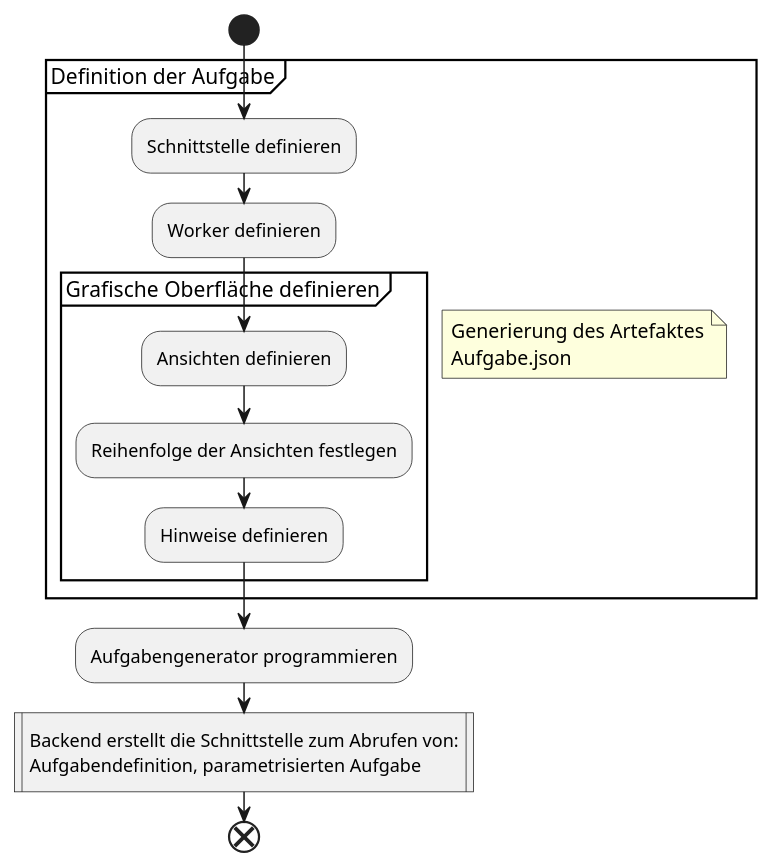
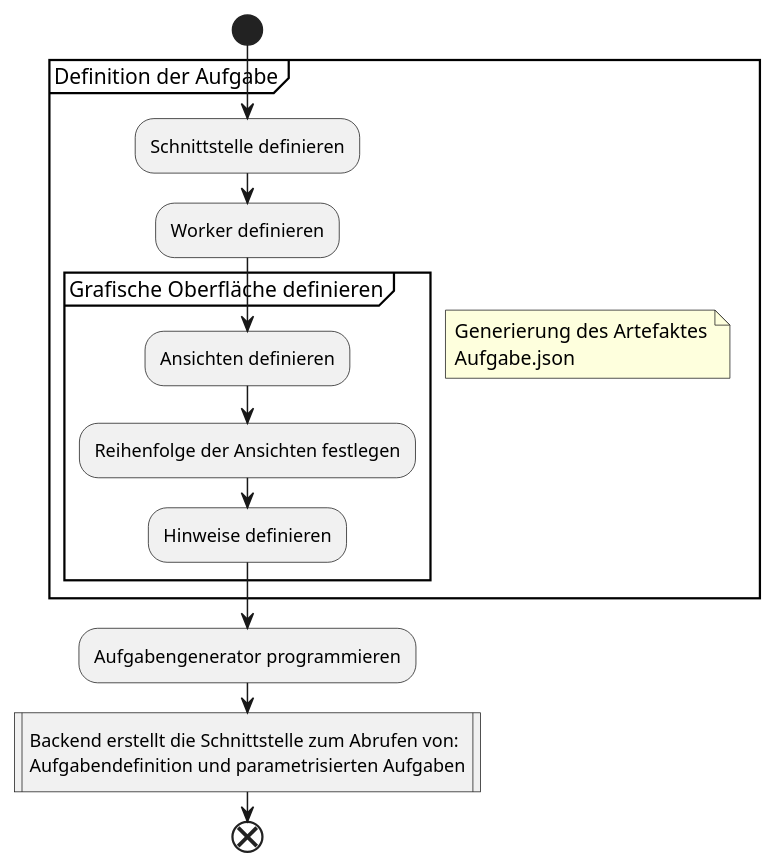
One commit to a-schulz/aladin_GAMIFY changed the diagram in diagrams/aladin_task_process_backend.puml. Above: the diagram before and after it, drawn with PlantUML. The commit also changed 2 other files, not shown here.

Commit message:
update diagrams

```diff
--- a/diagrams/aladin_task_process_backend.puml
+++ b/diagrams/aladin_task_process_backend.puml
@@ -1,23 +1,23 @@
 @startuml aladin_task_process_backend
 'https://plantuml.com/activity-diagram-beta
 
 |Backend|
     start
     group "Definition der Aufgabe" {
     floating note right
         Generierung des Artefaktes
         Aufgabe.json
     end note
         :Schnittstelle definieren;
         :Worker definieren;
         group "Grafische Oberfläche definieren" {
             :Ansichten definieren;
             :Reihenfolge der Ansichten festlegen;
             :Hinweise definieren;
         }
     }
     :Aufgabengenerator programmieren;
     :Backend erstellt die Schnittstelle zum Abrufen von:
-    Aufgabendefinition, parametrisierten Aufgabe|
+    Aufgabendefinition und parametrisierten Aufgaben|
     end
 @enduml
```
